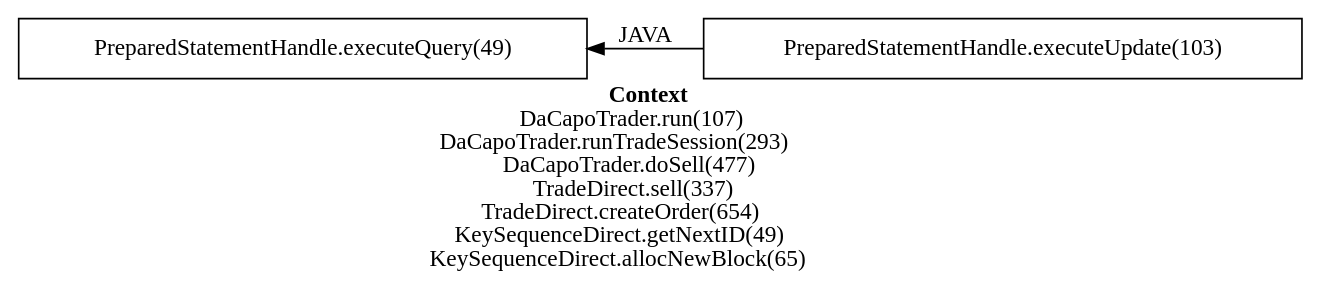
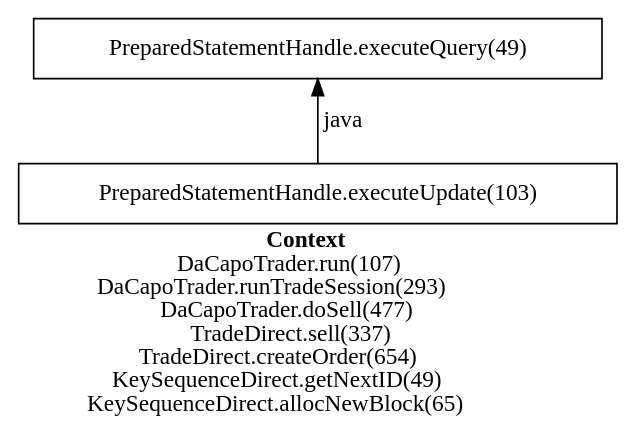
Before and after one commit to jtamayo/pepe: the diagram in pepe/results2/1.gv, drawn with Graphviz. The commit also changed 181 other files, not shown here.

```diff
--- a/pepe/results2/1.gv
+++ b/pepe/results2/1.gv
@@ -1,6 +1,6 @@
-digraph 199156736 { 
-label=<<font face="Times-Bold">Context</font><br/>DaCapoTrader.run(107)<br/>DaCapoTrader.runTradeSession(293)<br/>DaCapoTrader.doSell(477)<br/>TradeDirect.sell(337)<br/>TradeDirect.createOrder(654)<br/>KeySequenceDirect.getNextID(49)<br/>KeySequenceDirect.allocNewBlock(65)>;rankdir=RL;
+digraph 1804005959 { 
+label=<<font face="Times-Bold">Context</font><br/>DaCapoTrader.run(107)<br/>DaCapoTrader.runTradeSession(293)<br/>DaCapoTrader.doSell(477)<br/>TradeDirect.sell(337)<br/>TradeDirect.createOrder(654)<br/>KeySequenceDirect.getNextID(49)<br/>KeySequenceDirect.allocNewBlock(65)>;rankdir=BT;
 1 [label="PreparedStatementHandle.executeQuery(49)\n", shape=box];
 2 [label="PreparedStatementHandle.executeUpdate(103)\n", shape=box];
-2 -> 1 [label="JAVA"];
+2 -> 1 [label="java" color=black];
 }
```
